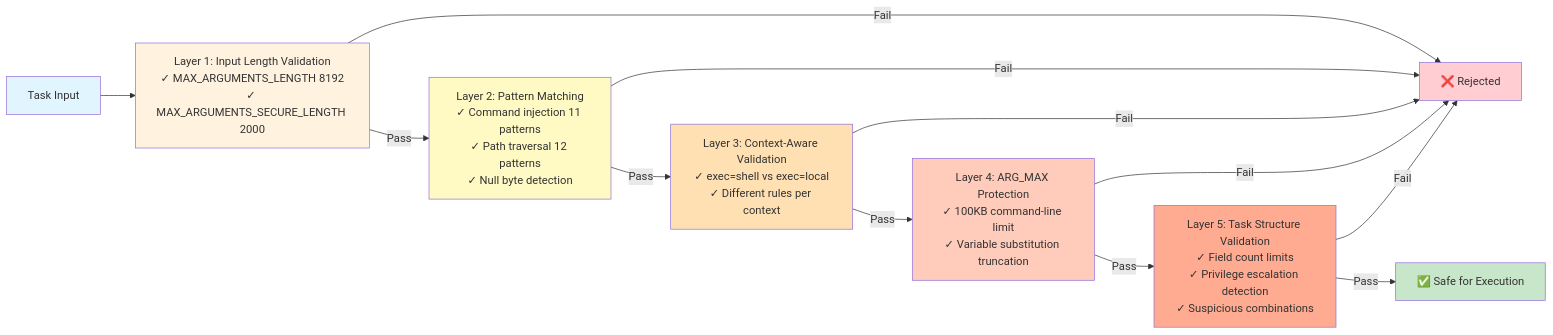
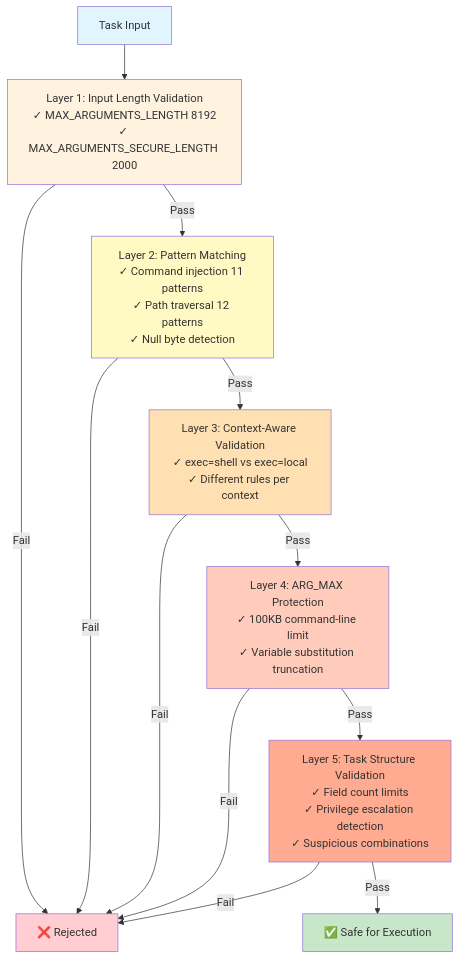
One commit to bastelbude1/Tasker changed the sixth of 8 diagrams in ARCHITECTURE_MERMAID.md. Above: the diagram before and after it, drawn with Mermaid.

Commit message:
docs: Restore TB layout with Fail edges first for Security Validation Pipeline
- Restored top-down (TB) layout
- Fail edges listed before Pass edges
- Reject declared before Safe
- Final Pass (Safe) now positioned on bottom right
- Supports top-to-bottom reading with right-side success path

````diff
--- a/ARCHITECTURE_MERMAID.md
+++ b/ARCHITECTURE_MERMAID.md
@@ -295,34 +295,34 @@
 ```mermaid
-graph LR
+graph TB
     Input[Task Input]
 
     L1[Layer 1: Input Length Validation<br/>✓ MAX_ARGUMENTS_LENGTH 8192<br/>✓ MAX_ARGUMENTS_SECURE_LENGTH 2000]
     L2[Layer 2: Pattern Matching<br/>✓ Command injection 11 patterns<br/>✓ Path traversal 12 patterns<br/>✓ Null byte detection]
     L3[Layer 3: Context-Aware Validation<br/>✓ exec=shell vs exec=local<br/>✓ Different rules per context]
     L4[Layer 4: ARG_MAX Protection<br/>✓ 100KB command-line limit<br/>✓ Variable substitution truncation]
     L5[Layer 5: Task Structure Validation<br/>✓ Field count limits<br/>✓ Privilege escalation detection<br/>✓ Suspicious combinations]
 
     Reject[❌ Rejected]
     Safe[✅ Safe for Execution]
 
     Input --> L1
     L1 -->|Fail| Reject
     L1 -->|Pass| L2
     L2 -->|Fail| Reject
     L2 -->|Pass| L3
     L3 -->|Fail| Reject
     L3 -->|Pass| L4
     L4 -->|Fail| Reject
     L4 -->|Pass| L5
     L5 -->|Fail| Reject
     L5 -->|Pass| Safe
 
     style Input fill:#e1f5fe
     style L1 fill:#fff3e0
     style L2 fill:#fff9c4
     style L3 fill:#ffe0b2
     style L4 fill:#ffccbc
     style L5 fill:#ffab91
     style Reject fill:#ffcdd2
     style Safe fill:#c8e6c9
 ```
````
